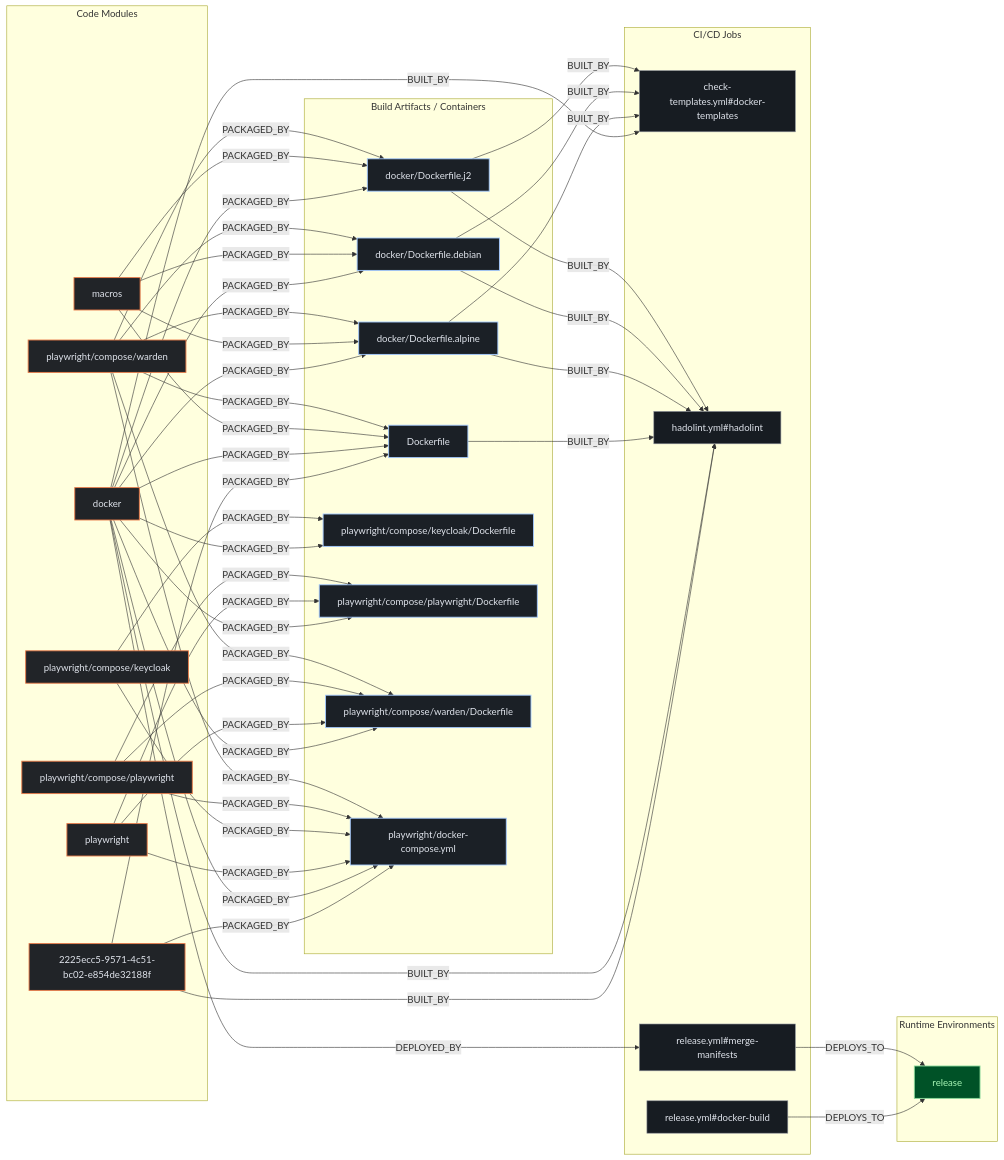
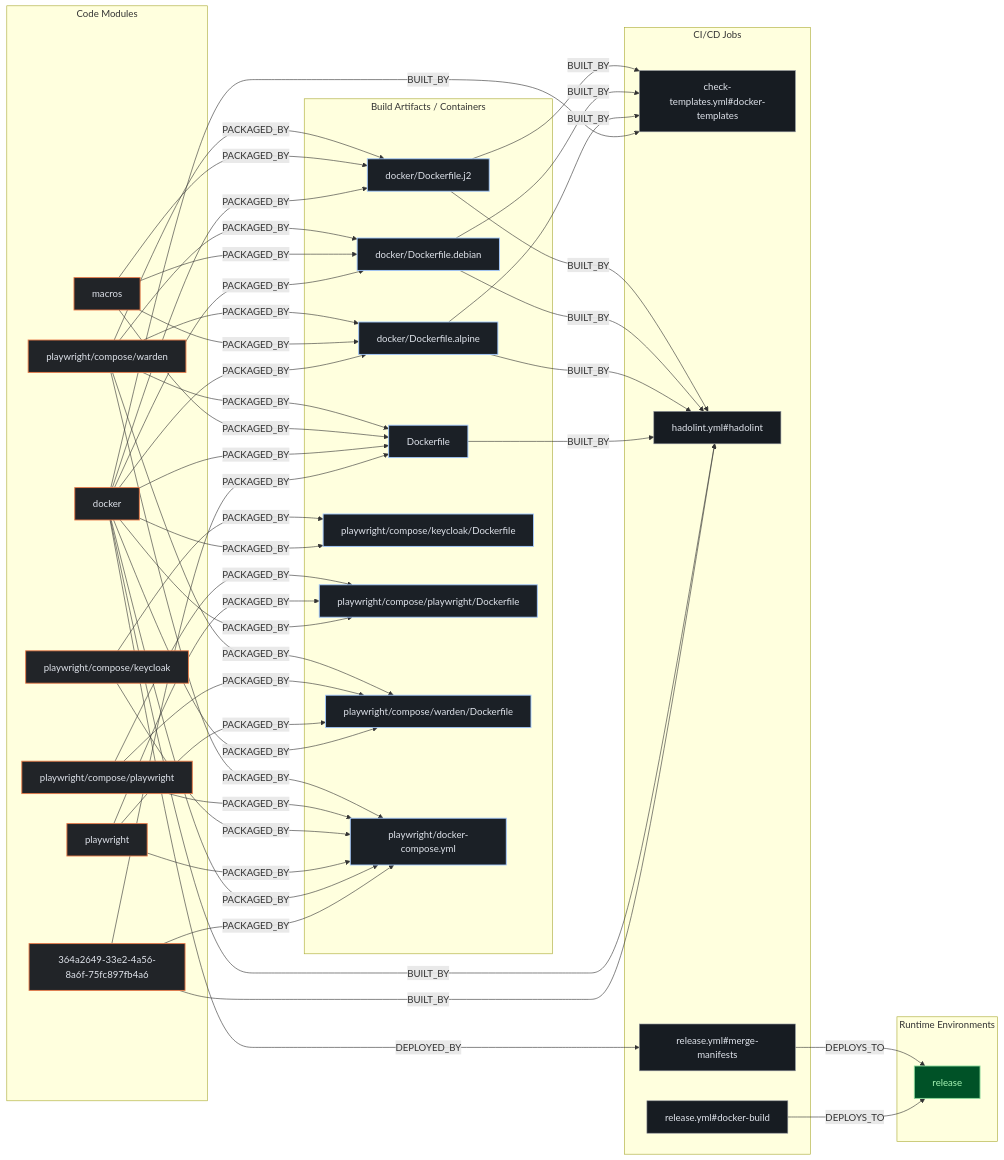
One commit to kumarshaz/atruss-code-atlas changed the second of 3 diagrams in exports/latest/reports/dani-garcia-vaultwarden-report.md. Above: the diagram before and after it, drawn with Mermaid. The commit also changed other lines of this file and 27 other files, not shown here.

````diff
--- a/exports/latest/reports/dani-garcia-vaultwarden-report.md
+++ b/exports/latest/reports/dani-garcia-vaultwarden-report.md
@@ -226,77 +226,77 @@
 ```mermaid
 flowchart LR
     %% title: Code-to-Cloud Deployment Traceability
     classDef atlasCategory fill:#212428,stroke:#E87A48,stroke-width:1.5px,color:#dfe3eb
     classDef atlasWorkflow fill:#1b2026,stroke:#a3c9ff,stroke-width:1.5px,color:#dfe3eb
     classDef atlasJob fill:#171c22,stroke:#8d9199,stroke-width:1px,color:#dfe3eb
     classDef atlasTarget fill:#005227,stroke:#8bd99b,stroke-width:1.5px,color:#a7f6b6
     subgraph code_modules["Code Modules"]
-        mod_2225ecc5_9571_4c51_bc02_e854de32188f["2225ecc5-9571-4c51-bc02-e854de32188f"]:::atlasCategory
+        mod_364a2649_33e2_4a56_8a6f_75fc897fb4a6["364a2649-33e2-4a56-8a6f-75fc897fb4a6"]:::atlasCategory
         mod_docker["docker"]:::atlasCategory
         mod_macros["macros"]:::atlasCategory
         mod_playwright["playwright"]:::atlasCategory
         mod_playwright_compose_keycloak["playwright/compose/keycloak"]:::atlasCategory
         mod_playwright_compose_playwright["playwright/compose/playwright"]:::atlasCategory
         mod_playwright_compose_warden["playwright/compose/warden"]:::atlasCategory
     end
     subgraph build_artifacts["Build Artifacts / Containers"]
         art_Dockerfile["Dockerfile"]:::atlasWorkflow
         art_docker_Dockerfile_alpine["docker/Dockerfile.alpine"]:::atlasWorkflow
         art_docker_Dockerfile_debian["docker/Dockerfile.debian"]:::atlasWorkflow
         art_docker_Dockerfile_j2["docker/Dockerfile.j2"]:::atlasWorkflow
         art_playwright_compose_keycloak_Dockerfile["playwright/compose/keycloak/Dockerfile"]:::atlasWorkflow
         art_playwright_compose_playwright_Dockerfile["playwright/compose/playwright/Dockerfile"]:::atlasWorkflow
         art_playwright_compose_warden_Dockerfile["playwright/compose/warden/Dockerfile"]:::atlasWorkflow
         art_playwright_docker_compose_yml["playwright/docker-compose.yml"]:::atlasWorkflow
     end
     subgraph ci_jobs["CI/CD Jobs"]
         job_check_templates_yml_docker_templates["check-templates.yml#docker-templates"]:::atlasJob
         job_hadolint_yml_hadolint["hadolint.yml#hadolint"]:::atlasJob
         job_release_yml_docker_build["release.yml#docker-build"]:::atlasJob
         job_release_yml_merge_manifests["release.yml#merge-manifests"]:::atlasJob
     end
     subgraph runtime_envs["Runtime Environments"]
         env_release["release"]:::atlasTarget
     end
     job_release_yml_docker_build -->|DEPLOYS_TO| env_release
     job_release_yml_merge_manifests -->|DEPLOYS_TO| env_release
-    mod_2225ecc5_9571_4c51_bc02_e854de32188f -->|BUILT_BY| job_hadolint_yml_hadolint
-    mod_2225ecc5_9571_4c51_bc02_e854de32188f -->|PACKAGED_BY| art_Dockerfile
-    mod_2225ecc5_9571_4c51_bc02_e854de32188f -->|PACKAGED_BY| art_playwright_docker_compose_yml
+    mod_364a2649_33e2_4a56_8a6f_75fc897fb4a6 -->|BUILT_BY| job_hadolint_yml_hadolint
+    mod_364a2649_33e2_4a56_8a6f_75fc897fb4a6 -->|PACKAGED_BY| art_Dockerfile
+    mod_364a2649_33e2_4a56_8a6f_75fc897fb4a6 -->|PACKAGED_BY| art_playwright_docker_compose_yml
     mod_docker -->|BUILT_BY| job_check_templates_yml_docker_templates
     mod_docker -->|BUILT_BY| job_hadolint_yml_hadolint
     mod_docker -->|DEPLOYED_BY| job_release_yml_merge_manifests
     mod_docker -->|PACKAGED_BY| art_Dockerfile
     mod_docker -->|PACKAGED_BY| art_docker_Dockerfile_alpine
     mod_docker -->|PACKAGED_BY| art_docker_Dockerfile_debian
     mod_docker -->|PACKAGED_BY| art_docker_Dockerfile_j2
     mod_docker -->|PACKAGED_BY| art_playwright_compose_keycloak_Dockerfile
     mod_docker -->|PACKAGED_BY| art_playwright_compose_playwright_Dockerfile
     mod_docker -->|PACKAGED_BY| art_playwright_compose_warden_Dockerfile
     mod_docker -->|PACKAGED_BY| art_playwright_docker_compose_yml
     mod_macros -->|PACKAGED_BY| art_Dockerfile
     mod_macros -->|PACKAGED_BY| art_docker_Dockerfile_alpine
     mod_macros -->|PACKAGED_BY| art_docker_Dockerfile_debian
     mod_macros -->|PACKAGED_BY| art_docker_Dockerfile_j2
     mod_playwright -->|PACKAGED_BY| art_playwright_compose_playwright_Dockerfile
     mod_playwright -->|PACKAGED_BY| art_playwright_compose_warden_Dockerfile
     mod_playwright -->|PACKAGED_BY| art_playwright_docker_compose_yml
     mod_playwright_compose_keycloak -->|PACKAGED_BY| art_playwright_compose_keycloak_Dockerfile
     mod_playwright_compose_keycloak -->|PACKAGED_BY| art_playwright_docker_compose_yml
     mod_playwright_compose_playwright -->|PACKAGED_BY| art_playwright_compose_playwright_Dockerfile
     mod_playwright_compose_playwright -->|PACKAGED_BY| art_playwright_compose_warden_Dockerfile
     mod_playwright_compose_playwright -->|PACKAGED_BY| art_playwright_docker_compose_yml
     mod_playwright_compose_warden -->|PACKAGED_BY| art_Dockerfile
     mod_playwright_compose_warden -->|PACKAGED_BY| art_docker_Dockerfile_alpine
     mod_playwright_compose_warden -->|PACKAGED_BY| art_docker_Dockerfile_debian
     mod_playwright_compose_warden -->|PACKAGED_BY| art_docker_Dockerfile_j2
     mod_playwright_compose_warden -->|PACKAGED_BY| art_playwright_compose_warden_Dockerfile
     mod_playwright_compose_warden -->|PACKAGED_BY| art_playwright_docker_compose_yml
     art_Dockerfile -->|BUILT_BY| job_hadolint_yml_hadolint
     art_docker_Dockerfile_alpine -->|BUILT_BY| job_check_templates_yml_docker_templates
     art_docker_Dockerfile_alpine -->|BUILT_BY| job_hadolint_yml_hadolint
     art_docker_Dockerfile_debian -->|BUILT_BY| job_check_templates_yml_docker_templates
     art_docker_Dockerfile_debian -->|BUILT_BY| job_hadolint_yml_hadolint
     art_docker_Dockerfile_j2 -->|BUILT_BY| job_check_templates_yml_docker_templates
     art_docker_Dockerfile_j2 -->|BUILT_BY| job_hadolint_yml_hadolint
 ```
````
